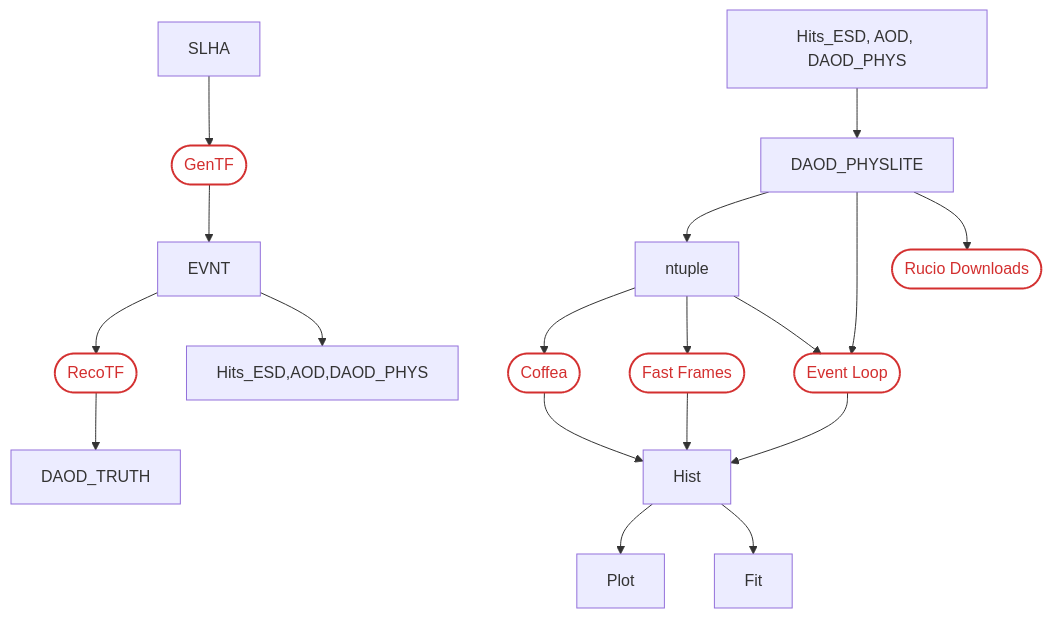
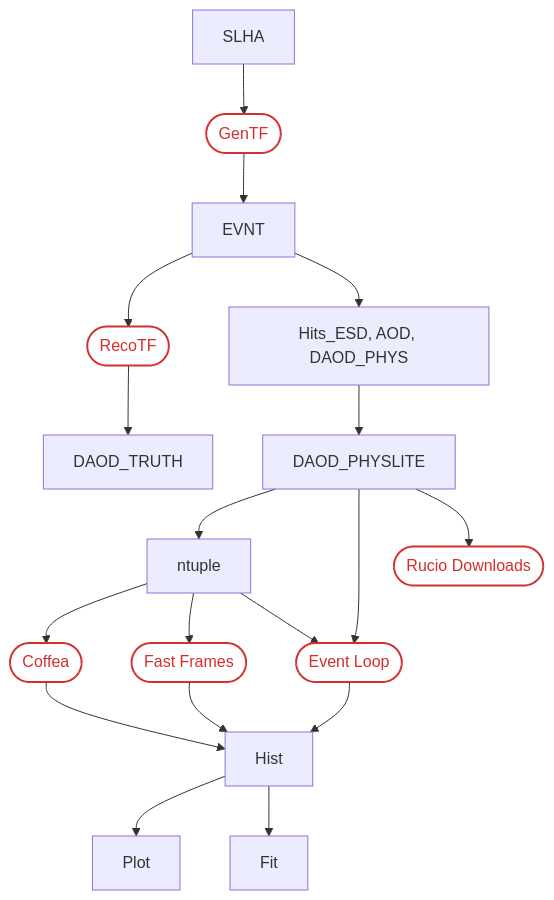
One commit to usatlas/AF-Benchmarking changed the diagram in docs/flowChart.md. Above: the diagram before and after it, drawn with Mermaid.

````diff
--- a/docs/flowChart.md
+++ b/docs/flowChart.md
@@ -1,42 +1,42 @@
 ```mermaid
 flowchart TD
     SLHA --> GenTF
     GenTF --> EVNT
     EVNT --> RecoTF
     RecoTF --> DAOD_TRUTH
     Event_Loop --> Hist
 
-    EVNT--> Hits_ESD,AOD,DAOD_PHYS
+    EVNT--> bash["Hits_ESD, AOD, DAOD_PHYS"]
     bash["Hits_ESD, AOD, DAOD_PHYS"] --> DAOD_PHYSLITE
 
     ntuple --> Coffea
     Coffea --> Hist
 
     ntuple --> Fast_Frames
     Fast_Frames --> Hist
 
     ntuple --> Event_Loop
     DAOD_PHYSLITE --> ntuple
     DAOD_PHYSLITE --> Event_Loop
     DAOD_PHYSLITE --> Rucio_Downloads
 
     Hist --> Plot
     Hist --> Fit
 
     click Event_Loop "https://github.com/usatlas/AF-Benchmarking/tree/main/event_loop" "Event Loop documentation"
     click Coffea "https://github.com/usatlas/AF-Benchmarking/tree/main/NTuple_Hist/coffea" "Coffea documentation"
     click Fast_Frames "https://github.com/usatlas/AF-Benchmarking/tree/main/NTuple_Hist/fastframes" "Fast Frames documentation"
     click Rucio_Downloads "https://github.com/usatlas/AF-Benchmarking/blob/main/Rucio/rucio_script.sh" "'Rucio Downloads' Script"
     click GenTF "https://github.com/usatlas/AF-Benchmarking/tree/main/EVNT" "EVNT Job Scripts"
     click RecoTF "https://github.com/usatlas/AF-Benchmarking/tree/main/TRUTH3" "TRUTH3 Job Scripts"
 
     Event_Loop(["Event Loop"])
     Coffea(["Coffea"])
     Fast_Frames(["Fast Frames"])
     Rucio_Downloads(["Rucio Downloads"])
     GenTF(["GenTF"])
     RecoTF(["RecoTF"])
     
     classDef method fill:transparent,stroke:#d32f2f,stroke-width:2px,color:#d32f2f;
     class Event_Loop,Coffea,Fast_Frames,Rucio_Downloads,GenTF,RecoTF method;
 ```
````
